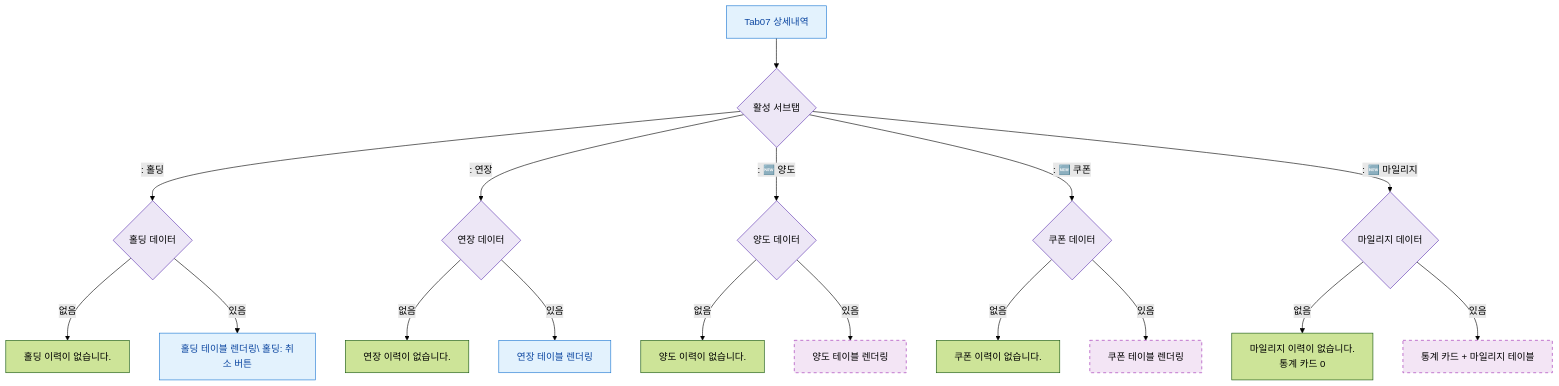
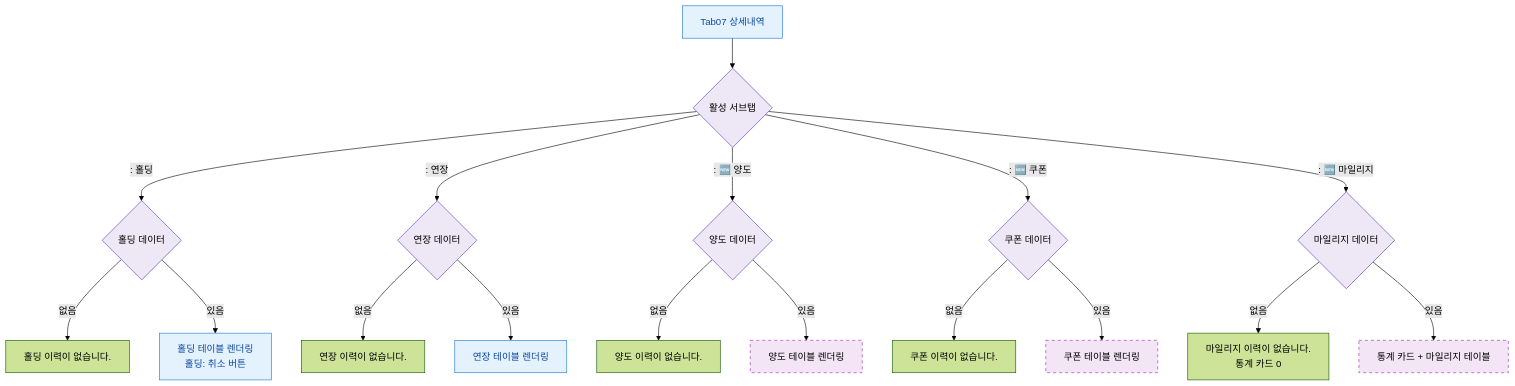
Before and after one commit to dev-spogym/admin-pando: the diagram in docs/admin/다이어그램/D02_회원관리/SCR-M004_회원상세/Tab07_상세내역/F6_상태별.md, drawn with Mermaid (forest theme). The commit also changed 369 other files, not shown here.

````diff
--- a/docs/admin/다이어그램/D02_회원관리/SCR-M004_회원상세/Tab07_상세내역/F6_상태별.md
+++ b/docs/admin/다이어그램/D02_회원관리/SCR-M004_회원상세/Tab07_상세내역/F6_상태별.md
@@ -20,30 +20,30 @@
 ```mermaid
 flowchart TD
   TAB[Tab07 상세내역] --> S{활성 서브탭}
   S -->|": 홀딩"|H{홀딩 데이터}
   H -->|없음|H_E[홀딩 이력이 없습니다.]
-  H -->|있음|H_N[홀딩 테이블 렌더링\ 홀딩: 취소 버튼]
+  H -->|있음|H_N[홀딩 테이블 렌더링<br/> 홀딩: 취소 버튼]
 
   S -->|": 연장"|E{연장 데이터}
   E -->|없음|E_E[연장 이력이 없습니다.]
   E -->|있음|E_N[연장 테이블 렌더링]
 
   S -->|": 🆕 양도"|T{양도 데이터}
   T -->|없음|T_E[양도 이력이 없습니다.]
   T -->|있음|T_N[양도 테이블 렌더링]
 
   S -->|": 🆕 쿠폰"|C{쿠폰 데이터}
   C -->|없음|C_E[쿠폰 이력이 없습니다.]
   C -->|있음|C_N[쿠폰 테이블 렌더링]
 
   S -->|": 🆕 마일리지"|M{마일리지 데이터}
   M -->|없음|M_E[마일리지 이력이 없습니다.\n통계 카드 0]
   M -->|있음|M_N[통계 카드 + 마일리지 테이블]
 
   classDef screen fill:#E3F2FD,stroke:#1976D2,color:#0D47A1
   classDef system fill:#EDE7F6,stroke:#5E35B2
   classDef newFeature fill:#F3E5F5,stroke:#9C27B0,stroke-dasharray:5 5
   class TAB,H_N,E_N screen
   class T_N,C_N,M_N newFeature
   class S,H,E,T,C,M system
 ```
````
